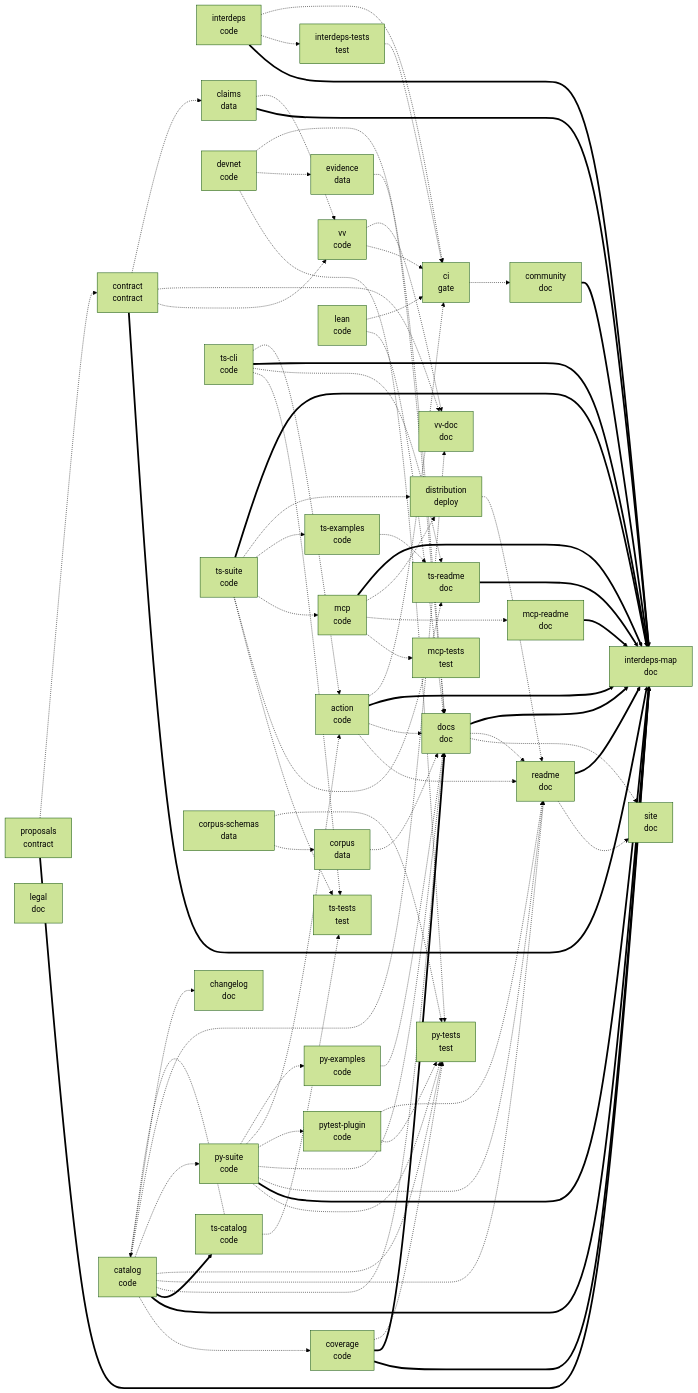
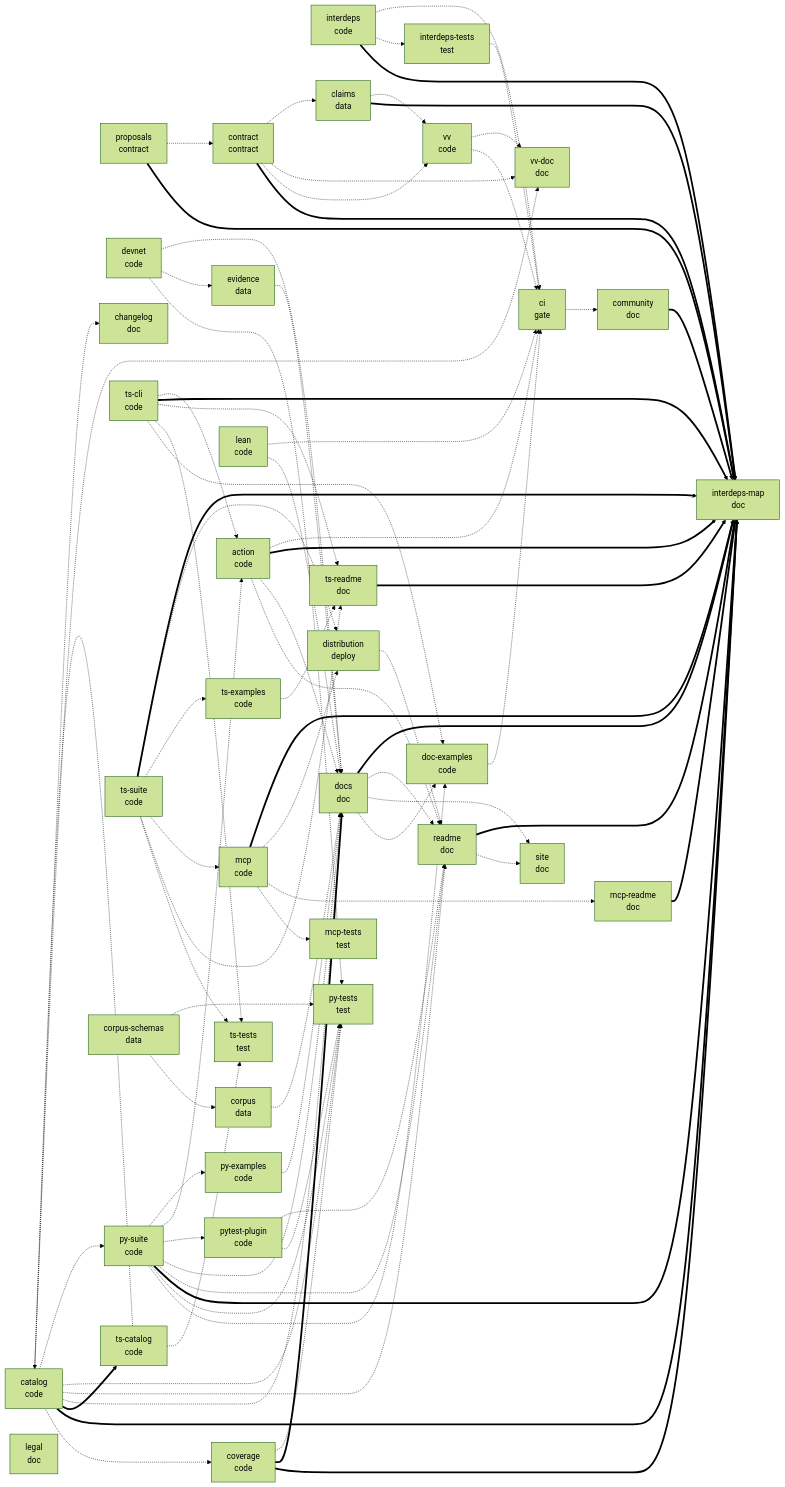
The second of 2 diagrams in docs/INTERDEPENDENCY.md (actions-marketplace-validations/atsp-protocol_x402-conformance), drawn with Mermaid (forest theme) before and after one commit. The commit also changed other lines of this file and 7 other files, not shown here.

```diff
--- a/docs/INTERDEPENDENCY.md
+++ b/docs/INTERDEPENDENCY.md
@@ -329,6 +329,7 @@
   proposals["proposals<br/>contract"]
   claims["claims<br/>data"]
   vv["vv<br/>code"]
+  doc_examples["doc-examples<br/>code"]
   vv_doc["vv-doc<br/>doc"]
   catalog["catalog<br/>code"]
   pytest_plugin["pytest-plugin<br/>code"]
@@ -376,6 +377,10 @@
   claims -.-> vv
   vv -.-> ci
   vv -.-> vv_doc
+  docs -.-> doc_examples
+  ts_cli -.-> doc_examples
+  py_suite -.-> doc_examples
+  doc_examples -.-> ci
   catalog ==> interdeps_map
   catalog ==> ts_catalog
   catalog -.-> docs
```
